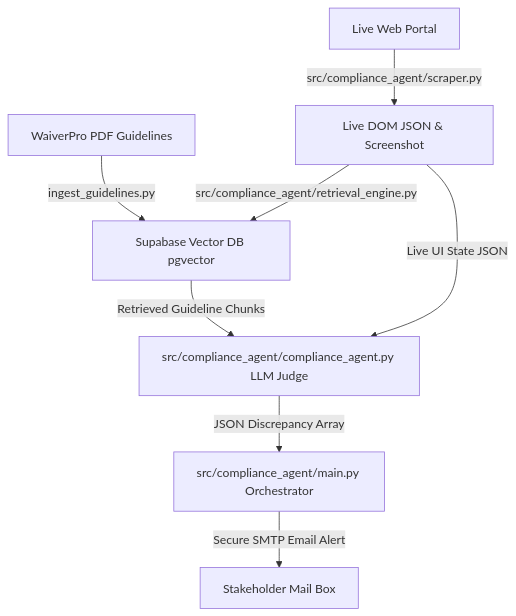
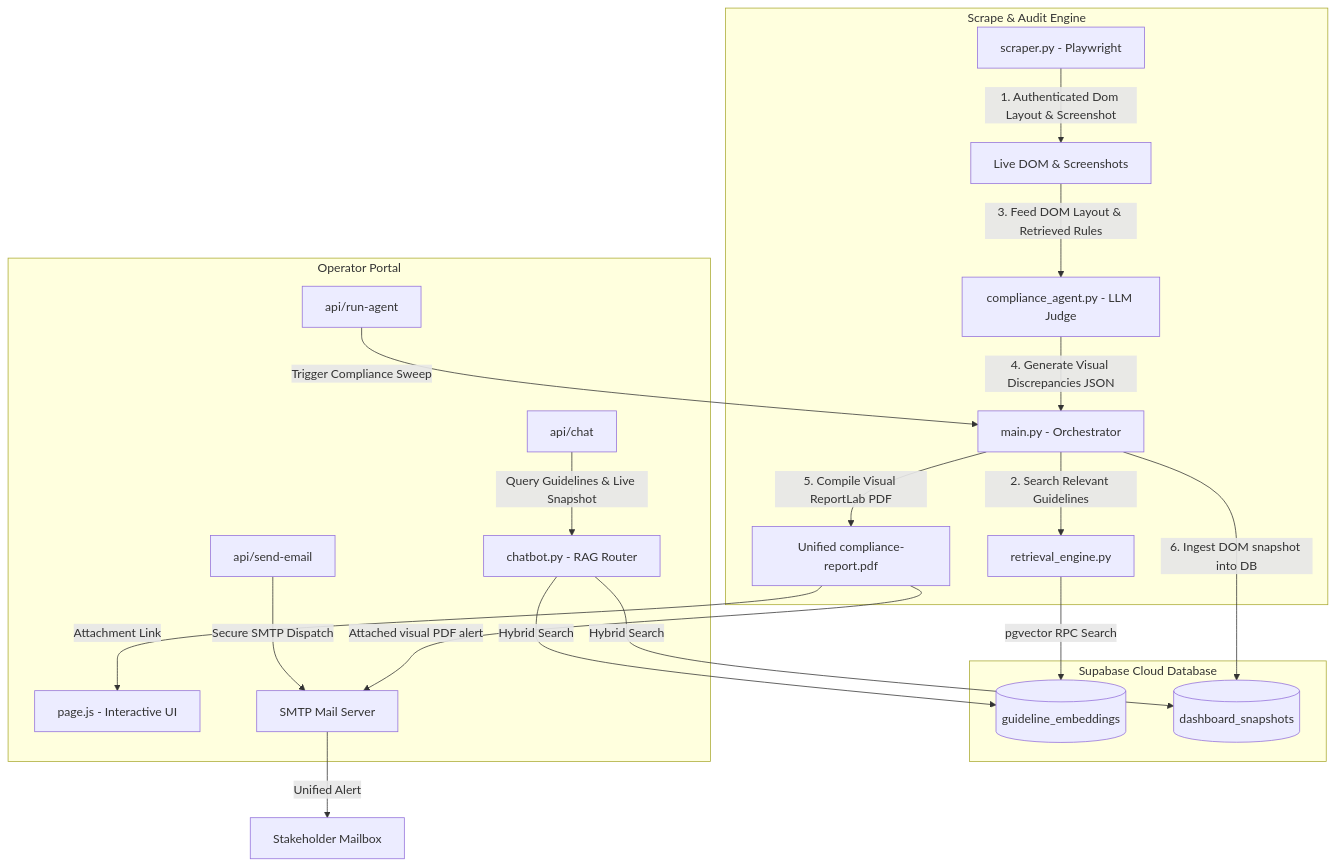
Before and after one commit to karnamvenkatachaitanya/Novulis: the first of 2 diagrams in README.md, drawn with Mermaid. The commit also changed other lines of this file and 15 other files, not shown here.

Commit message:
feat: update dashboard UI, integrate AI chatbot & snapshot ingestion, enhance compliance agent backend, and update docs

````diff
--- a/README.md
+++ b/README.md
@@ -9,10 +11,30 @@
 ```mermaid
-graph TD
-    pdf[WaiverPro PDF Guidelines] -->|ingest_guidelines.py| pg[Supabase Vector DB pgvector]
-    web[Live Web Portal] -->|src/compliance_agent/scraper.py| state[Live DOM JSON & Screenshot]
-    state -->|src/compliance_agent/retrieval_engine.py| pg
-    pg -->|Retrieved Guideline Chunks| agent[src/compliance_agent/compliance_agent.py LLM Judge]
-    state -->|Live UI State JSON| agent
-    agent -->|JSON Discrepancy Array| main[src/compliance_agent/main.py Orchestrator]
-    main -->|Secure SMTP Email Alert| email[Stakeholder Mail Box]
+flowchart TB
+    subgraph Storage Layer [Supabase Cloud Database]
+        db_guide[(guideline_embeddings)]
+        db_snap[(dashboard_snapshots)]
+    end
+
+    subgraph Python Compliance Agent [Scrape & Audit Engine]
+        sc[scraper.py - Playwright] -->|1. Authenticated Dom Layout & Screenshot| dom[Live DOM & Screenshots]
+        main[main.py - Orchestrator] -->|2. Search Relevant Guidelines| ret[retrieval_engine.py]
+        ret -->|pgvector RPC Search| db_guide
+        dom -->|3. Feed DOM Layout & Retrieved Rules| judge[compliance_agent.py - LLM Judge]
+        judge -->|4. Generate Visual Discrepancies JSON| main
+        main -->|5. Compile Visual ReportLab PDF| pdf[Unified compliance-report.pdf]
+        main -->|6. Ingest DOM snapshot into DB| db_snap
+    end
+
+    subgraph Next.js Monitoring Dashboard [Operator Portal]
+        ui[page.js - Interactive UI]
+        api_run[api/run-agent] -->|Trigger Compliance Sweep| main
+        api_chat[api/chat] -->|Query Guidelines & Live Snapshot| bot[chatbot.py - RAG Router]
+        bot -->|Hybrid Search| db_guide
+        bot -->|Hybrid Search| db_snap
+        api_mail[api/send-email] -->|Secure SMTP Dispatch| smtp[SMTP Mail Server]
+    end
+
+    pdf -->|Attachment Link| ui
+    pdf -->|Attached visual PDF alert| smtp
+    smtp -->|Unified Alert| user[Stakeholder Mailbox]
 ```
````
